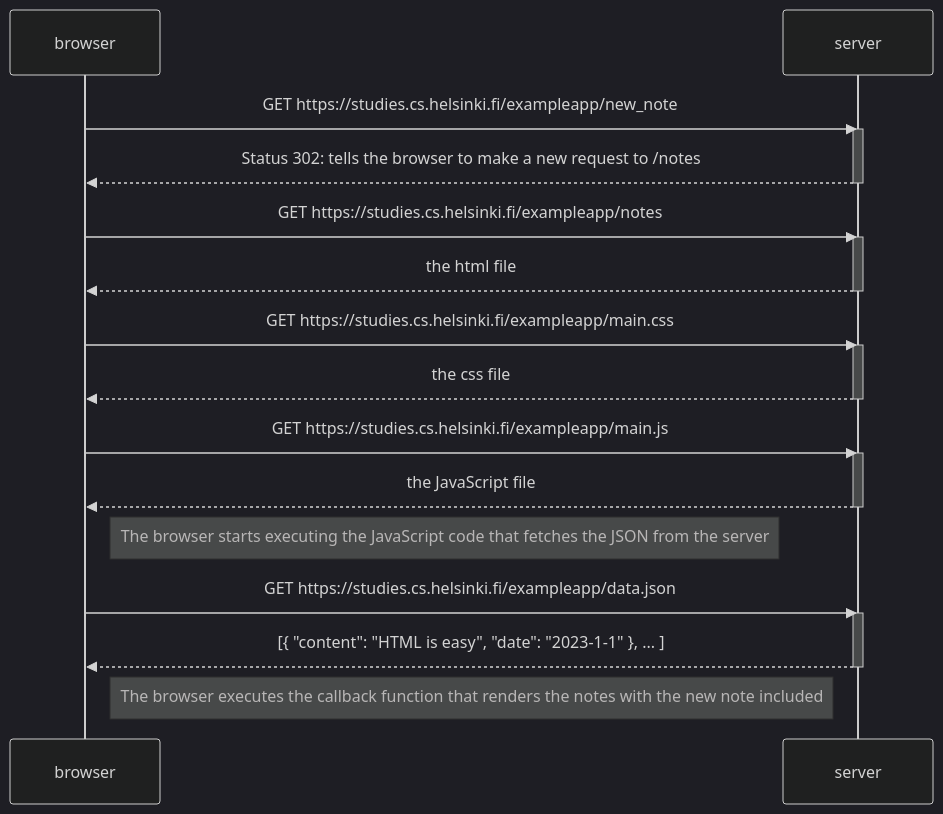
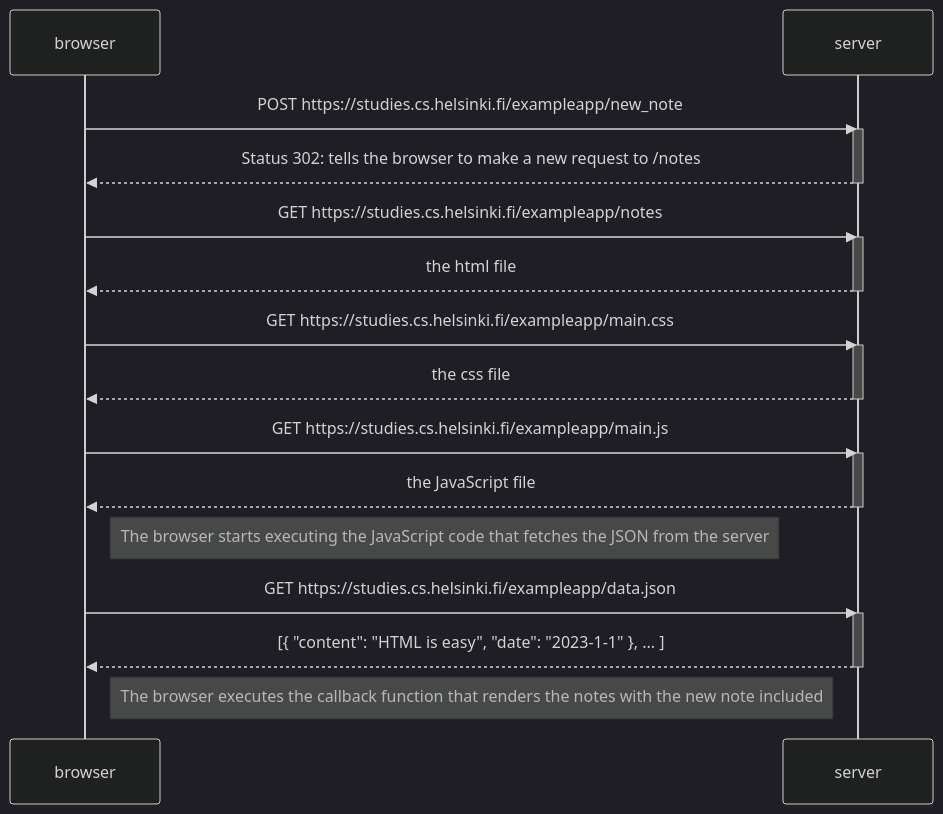
The diagram in part0/part0.4.md (taekim135/FullStackOpen), drawn with Mermaid (dark theme) before and after one commit.

Commit message:
minor change

````diff
--- a/part0/part0.4.md
+++ b/part0/part0.4.md
@@ -1,37 +1,37 @@
 ```mermaid
 
 sequenceDiagram
     participant browser
     participant server
 
-    browser->>server: GET https://studies.cs.helsinki.fi/exampleapp/new_note
+    browser->>server: POST https://studies.cs.helsinki.fi/exampleapp/new_note
     activate server
     server-->>browser: Status 302: tells the browser to make a new request to /notes
     deactivate server
 
     browser->>server: GET https://studies.cs.helsinki.fi/exampleapp/notes
     activate server
     server-->>browser: the html file
     deactivate server
 
     browser->>server: GET https://studies.cs.helsinki.fi/exampleapp/main.css
     activate server
     server-->>browser: the css file
     deactivate server
 
     browser->>server: GET https://studies.cs.helsinki.fi/exampleapp/main.js
     activate server
     server-->>browser: the JavaScript file
     deactivate server
 
     Note right of browser: The browser starts executing the JavaScript code that fetches the JSON from the server
 
     browser->>server: GET https://studies.cs.helsinki.fi/exampleapp/data.json
     activate server
     server-->>browser: [{ "content": "HTML is easy", "date": "2023-1-1" }, ... ]
     deactivate server
 
     Note right of browser: The browser executes the callback function that renders the notes with the new note included
     participant browser
     participant server
 ```
````
